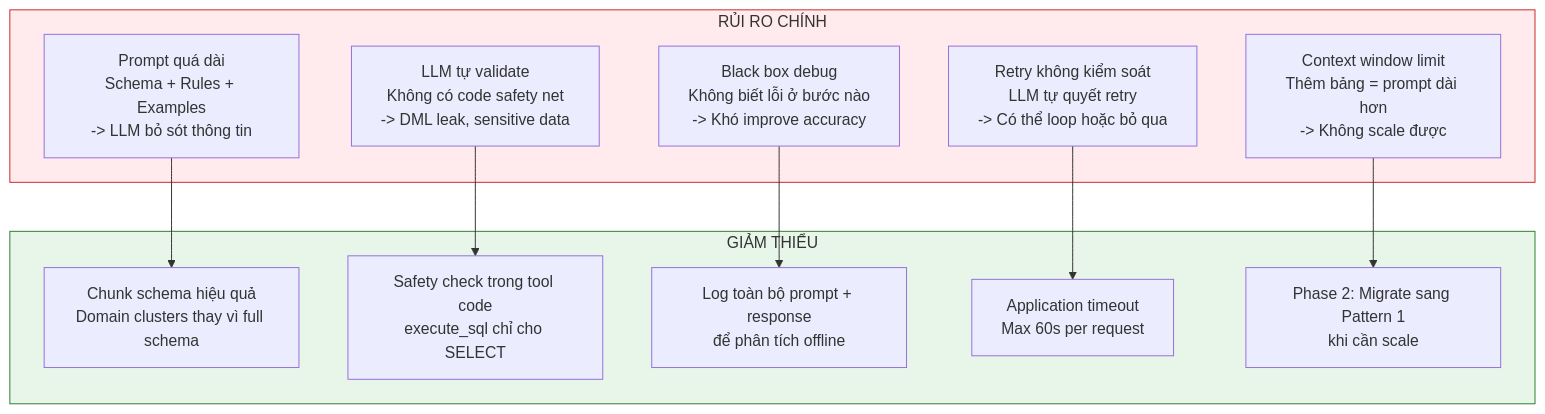
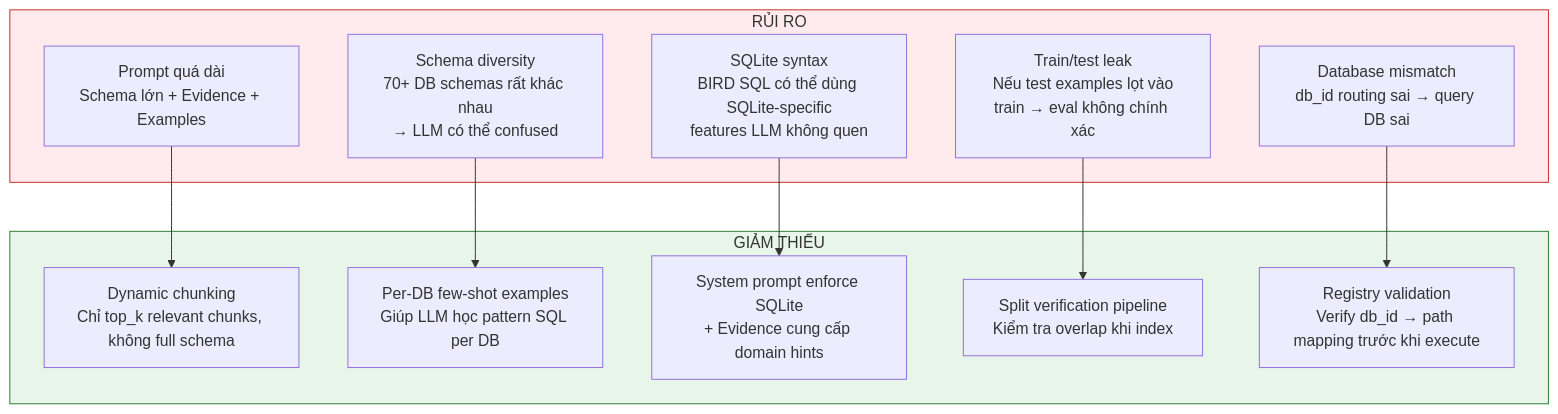
One commit to Learnheart/Text2SQL changed the sixth of 6 diagrams in docs/03_Technical_Assessment/pattern_2_rag_single_agent/03_architecture_flow.md. Above: the diagram before and after it, drawn with Mermaid. The commit also changed other lines of this file and 3 other files, not shown here.

First line of the commit message:
rewrite architecture docs — BIRD multi-database + SQLite evaluation

````diff
--- a/docs/03_Technical_Assessment/pattern_2_rag_single_agent/03_architecture_flow.md
+++ b/docs/03_Technical_Assessment/pattern_2_rag_single_agent/03_architecture_flow.md
@@ -251,27 +330,27 @@
 ```mermaid
 graph TB
-    subgraph Risks["RỦI RO CHÍNH"]
-        R1["Prompt quá dài<br/>Schema + Rules + Examples<br/>-> LLM bỏ sót thông tin"]
-        R2["LLM tự validate<br/>Không có code safety net<br/>-> DML leak, sensitive data"]
-        R3["Black box debug<br/>Không biết lỗi ở bước nào<br/>-> Khó improve accuracy"]
-        R4["Retry không kiểm soát<br/>LLM tự quyết retry<br/>-> Có thể loop hoặc bỏ qua"]
-        R5["Context window limit<br/>Thêm bảng = prompt dài hơn<br/>-> Không scale được"]
+    subgraph Risks["RỦI RO"]
+        R1["Prompt quá dài<br/>Schema lớn + Evidence + Examples"]
+        R2["Schema diversity<br/>70+ DB schemas rất khác nhau<br/>→ LLM có thể confused"]
+        R3["SQLite syntax<br/>BIRD SQL có thể dùng SQLite-specific<br/>features LLM không quen"]
+        R4["Train/test leak<br/>Nếu test examples lọt vào<br/>train → eval không chính xác"]
+        R5["Database mismatch<br/>db_id routing sai → query DB sai"]
     end
 
     subgraph Mitigations["GIẢM THIỂU"]
-        M1["Chunk schema hiệu quả<br/>Domain clusters thay vì full schema"]
-        M2["Safety check trong tool code<br/>execute_sql chỉ cho SELECT"]
-        M3["Log toàn bộ prompt + response<br/>để phân tích offline"]
-        M4["Application timeout<br/>Max 60s per request"]
-        M5["Phase 2: Migrate sang Pattern 1<br/>khi cần scale"]
+        M1["Dynamic chunking<br/>Chỉ top_k relevant chunks, không full schema"]
+        M2["Per-DB few-shot examples<br/>Giúp LLM học pattern SQL per DB"]
+        M3["System prompt enforce SQLite<br/>+ Evidence cung cấp domain hints"]
+        M4["Split verification pipeline<br/>Kiểm tra overlap khi index"]
+        M5["Registry validation<br/>Verify db_id → path mapping trước khi execute"]
     end
 
     R1 --> M1
     R2 --> M2
     R3 --> M3
     R4 --> M4
     R5 --> M5
 
     style Risks fill:#ffebee,stroke:#c62828
     style Mitigations fill:#e8f5e9,stroke:#2e7d32
 ```
````
